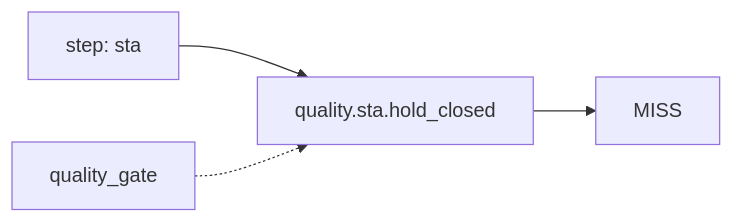
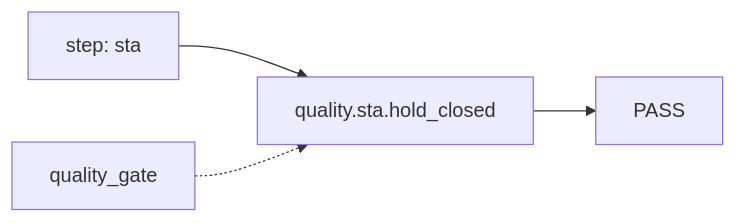
Diagram 16 of 56 in .github/signoff-board/signoff-kanban.md (openecos-projects/ecc), drawn with Mermaid before and after one commit. The commit also changed other lines of this file and 1 other file, not shown here.

````diff
--- a/.github/signoff-board/signoff-kanban.md
+++ b/.github/signoff-board/signoff-kanban.md
@@ -457,6 +467,6 @@
 ```mermaid
 flowchart LR
   step_quality_sta_hold_closed["step: sta"] --> metric_quality_sta_hold_closed["quality.sta.hold_closed"]
-  metric_quality_sta_hold_closed --> state_quality_sta_hold_closed["MISS"]
+  metric_quality_sta_hold_closed --> state_quality_sta_hold_closed["PASS"]
   cat_quality_sta_hold_closed["quality_gate"] -.-> metric_quality_sta_hold_closed
 ```
````
